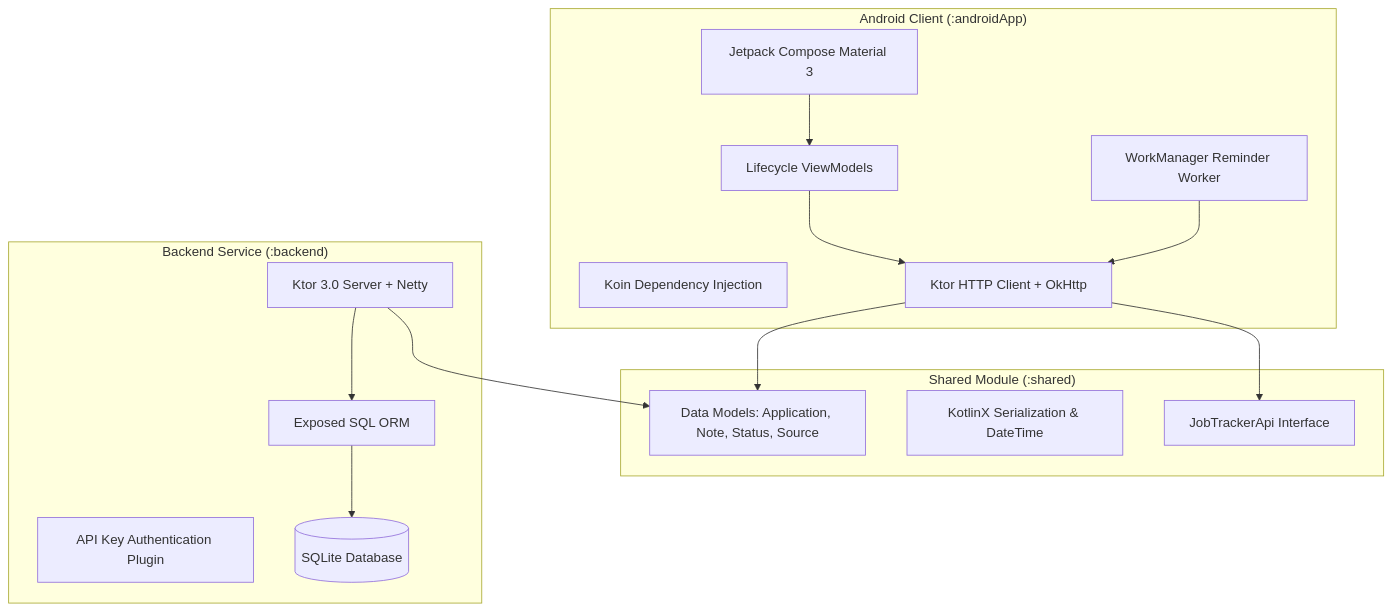
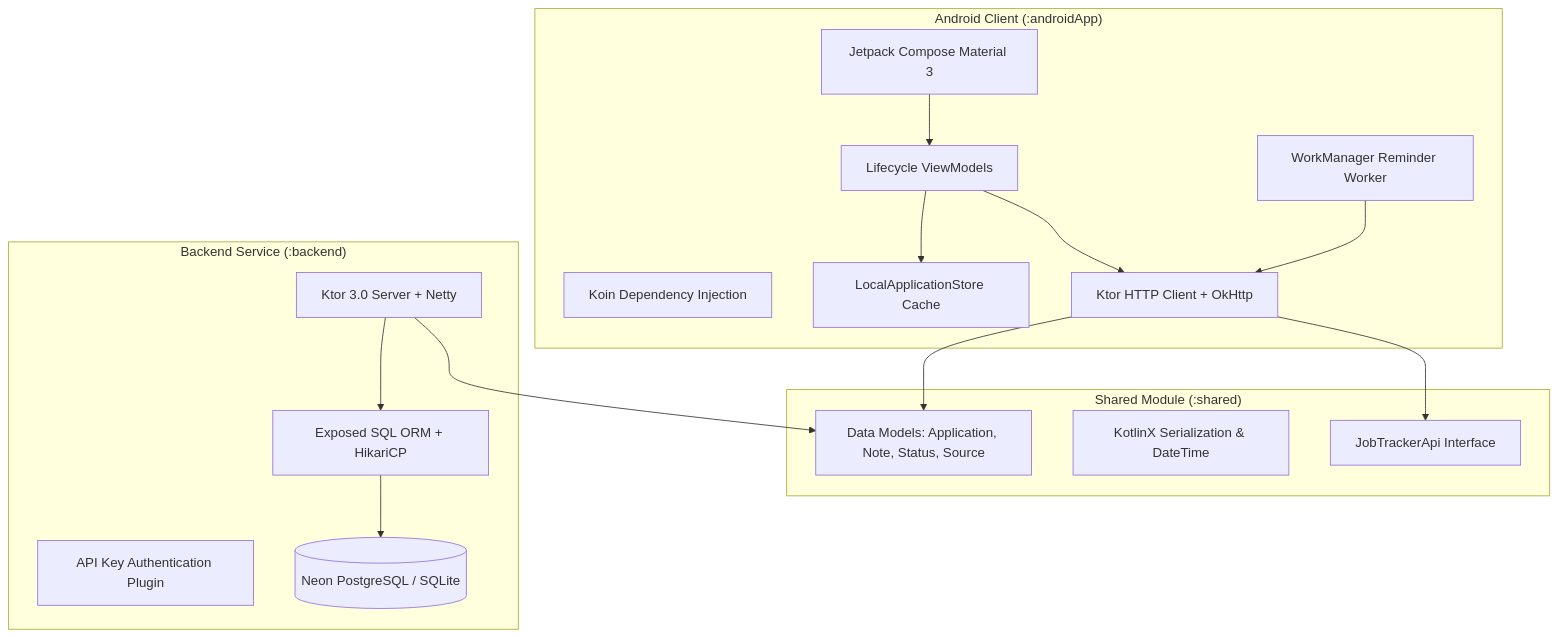
One commit to LordNydorf/Job-Tracker changed the diagram in README.md. Above: the diagram before and after it, drawn with Mermaid. The commit also changed other lines of this file and 7 other files, not shown here.

Commit message:
docs: synchronize all documentation with v1.x implementations and v2 roadmap

````diff
--- a/README.md
+++ b/README.md
@@ -20,32 +22,34 @@
 ```mermaid
 graph TD
     subgraph "Android Client (:androidApp)"
         UI[Jetpack Compose Material 3]
         VM[Lifecycle ViewModels]
         DI[Koin Dependency Injection]
+        Store[LocalApplicationStore Cache]
         WM[WorkManager Reminder Worker]
         Client[Ktor HTTP Client + OkHttp]
     end
 
     subgraph "Shared Module (:shared)"
         Models[Data Models: Application, Note, Status, Source]
         Serialization[KotlinX Serialization & DateTime]
         ApiInterface[JobTrackerApi Interface]
     end
 
     subgraph "Backend Service (:backend)"
         Server[Ktor 3.0 Server + Netty]
         Auth[API Key Authentication Plugin]
-        ORM[Exposed SQL ORM]
-        DB[(SQLite Database)]
+        ORM[Exposed SQL ORM + HikariCP]
+        DB[(Neon PostgreSQL / SQLite)]
     end
 
     UI --> VM
+    VM --> Store
     VM --> Client
     Client --> ApiInterface
     Client --> Models
     WM --> Client
     Server --> Models
     Server --> ORM
     ORM --> DB
 ```
````
